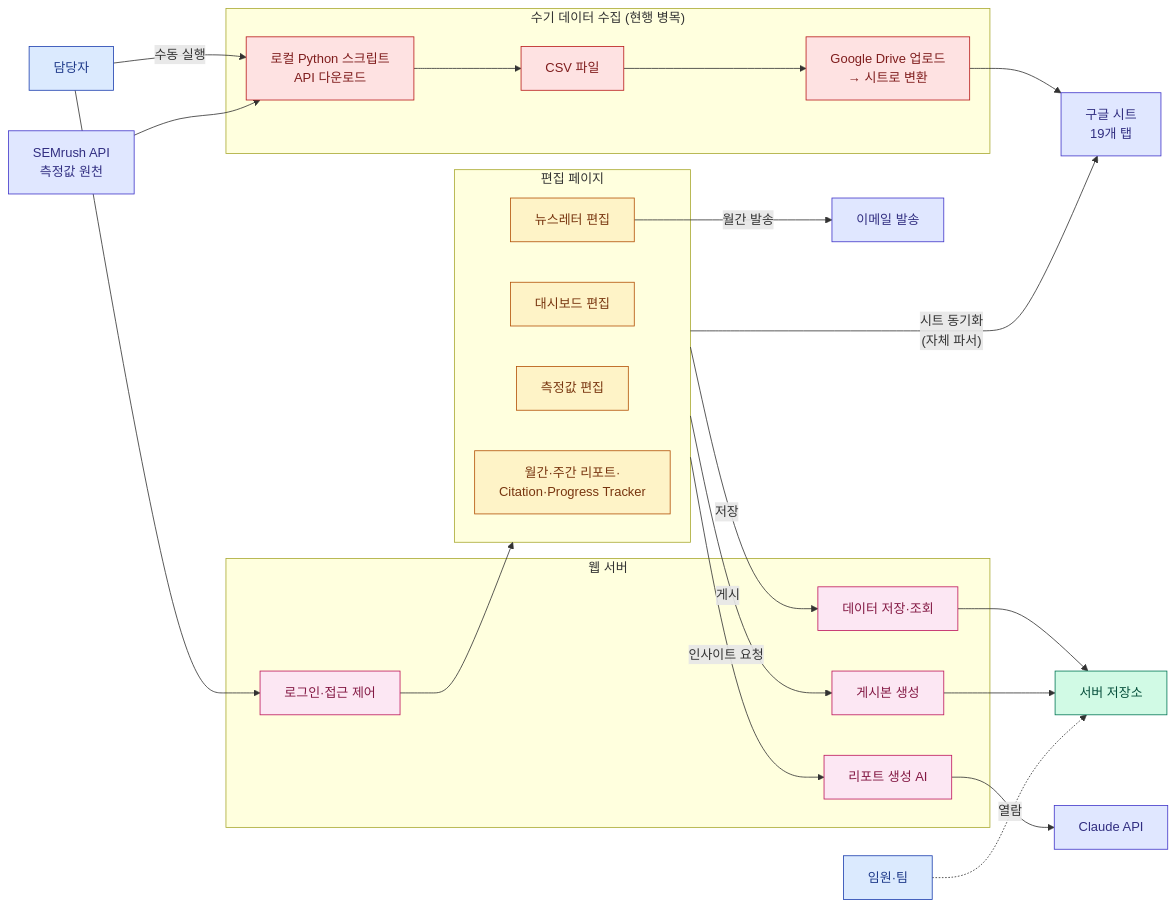
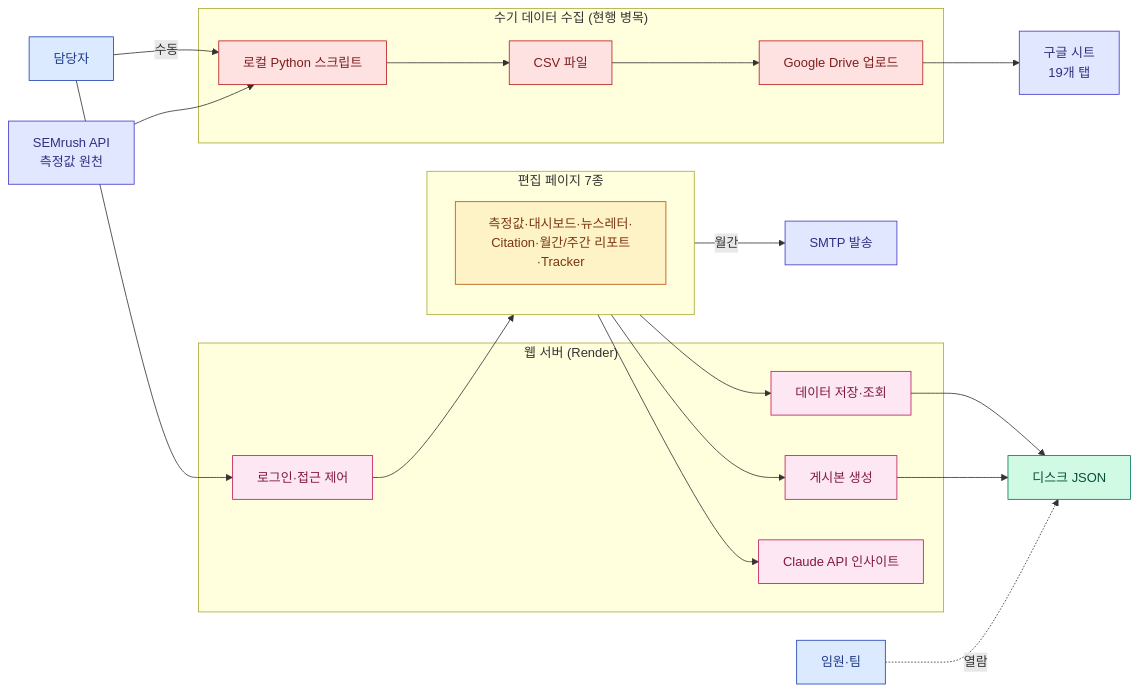
Before and after one commit to mts8787-droid/my-geo-newsletter: the first of 2 diagrams in docs/ADMIN_PLAN.md, drawn with Mermaid. The commit also changed other lines of this file, not shown here.

````diff
--- a/docs/ADMIN_PLAN.md
+++ b/docs/ADMIN_PLAN.md
@@ -35,50 +26,44 @@
 ```mermaid
 flowchart LR
   classDef user fill:#DBEAFE,stroke:#1E40AF,color:#1E3A8A
   classDef manual fill:#FEE2E2,stroke:#B91C1C,color:#7F1D1D
   classDef edit fill:#FEF3C7,stroke:#B45309,color:#78350F
   classDef web fill:#FCE7F3,stroke:#BE185D,color:#831843
   classDef store fill:#D1FAE5,stroke:#047857,color:#064E3B
   classDef ext fill:#E0E7FF,stroke:#4338CA,color:#312E81
 
   PIC[담당자]:::user
   Exec[임원·팀]:::user
-
   SEM[SEMrush API<br/>측정값 원천]:::ext
 
   subgraph Manual["수기 데이터 수집 (현행 병목)"]
-    Py[로컬 Python 스크립트<br/>API 다운로드]:::manual
+    Py[로컬 Python 스크립트]:::manual
     CSV[CSV 파일]:::manual
-    Drive[Google Drive 업로드<br/>→ 시트로 변환]:::manual
+    Drive[Google Drive 업로드]:::manual
   end
 
   GS[구글 시트<br/>19개 탭]:::ext
 
-  subgraph Editor["편집 페이지"]
-    VE[측정값 편집]:::edit
-    DE[대시보드 편집]:::edit
-    NE[뉴스레터 편집]:::edit
-    Others[월간·주간 리포트·<br/>Citation·Progress Tracker]:::edit
+  subgraph Editor["편집 페이지 7종"]
+    EditAll[측정값·대시보드·뉴스레터·<br/>Citation·월간/주간 리포트·Tracker]:::edit
   end
 
-  subgraph Web["웹 서버"]
+  subgraph Web["웹 서버 (Render)"]
     Auth[로그인·접근 제어]:::web
     API[데이터 저장·조회]:::web
     Pub[게시본 생성]:::web
-    AI[리포트 생성 AI]:::web
+    AI[Claude API 인사이트]:::web
   end
 
-  Files[서버 저장소]:::store
-  Mail[이메일 발송]:::ext
-  Claude[Claude API]:::ext
+  Files[디스크 JSON]:::store
+  Mail[SMTP 발송]:::ext
 
-  PIC -- 수동 실행 --> Py
+  PIC -- 수동 --> Py
   SEM --> Py --> CSV --> Drive --> GS
   PIC --> Auth --> Editor
-  Editor -- 시트 동기화<br/>(자체 파서) --> GS
-  Editor -- 저장 --> API --> Files
-  Editor -- 인사이트 요청 --> AI --> Claude
-  Editor -- 게시 --> Pub --> Files
-  NE -- 월간 발송 --> Mail
+  Editor --> API --> Files
+  Editor --> AI
+  Editor --> Pub --> Files
+  Editor -- 월간 --> Mail
   Exec -. 열람 .-> Files
 ```
````
